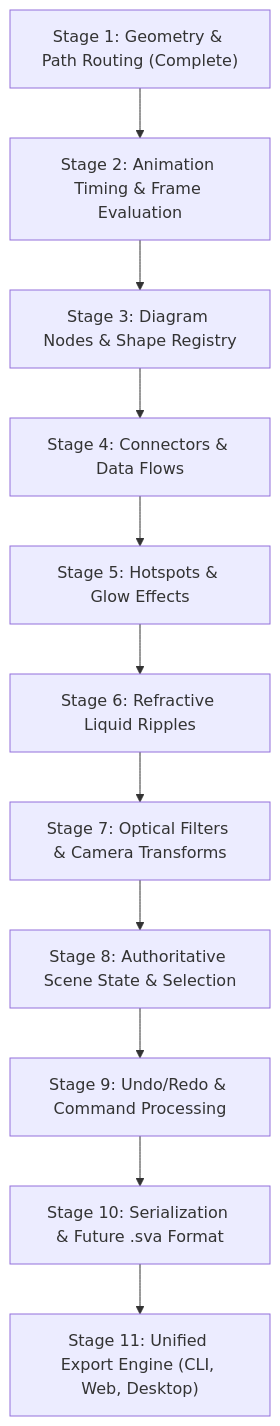
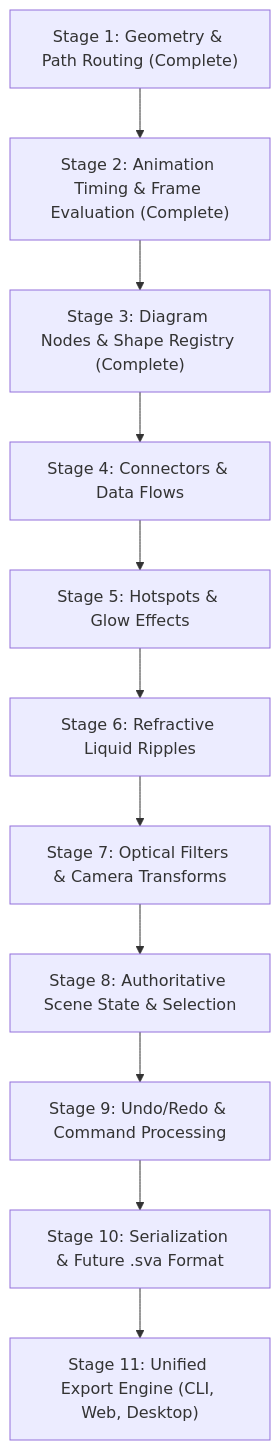
The diagram in docs/architecture/wasm-migration-roadmap.md (elric-seaoffate/svg-animator), drawn with Mermaid before and after one commit. The commit also changed other lines of this file and 17 other files, not shown here.

````diff
--- a/docs/architecture/wasm-migration-roadmap.md
+++ b/docs/architecture/wasm-migration-roadmap.md
@@ -101,13 +101,13 @@
 ```mermaid
 flowchart TD
-    S1["Stage 1: Geometry & Path Routing (Complete)"] --> S2["Stage 2: Animation Timing & Frame Evaluation"]
-    S2 --> S3["Stage 3: Diagram Nodes & Shape Registry"]
+    S1["Stage 1: Geometry & Path Routing (Complete)"] --> S2["Stage 2: Animation Timing & Frame Evaluation (Complete)"]
+    S2 --> S3["Stage 3: Diagram Nodes & Shape Registry (Complete)"]
     S3 --> S4["Stage 4: Connectors & Data Flows"]
     S4 --> S5["Stage 5: Hotspots & Glow Effects"]
     S5 --> S6["Stage 6: Refractive Liquid Ripples"]
     S6 --> S7["Stage 7: Optical Filters & Camera Transforms"]
     S7 --> S8["Stage 8: Authoritative Scene State & Selection"]
     S8 --> S9["Stage 9: Undo/Redo & Command Processing"]
     S9 --> S10["Stage 10: Serialization & Future .sva Format"]
     S10 --> S11["Stage 11: Unified Export Engine (CLI, Web, Desktop)"]
 ```
````
